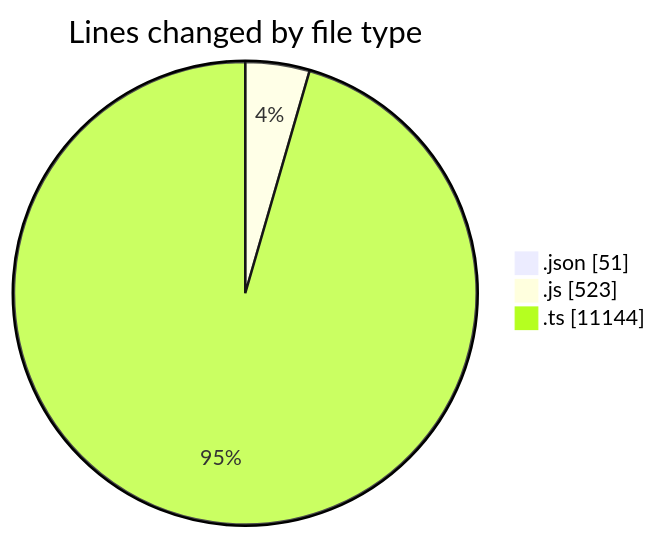
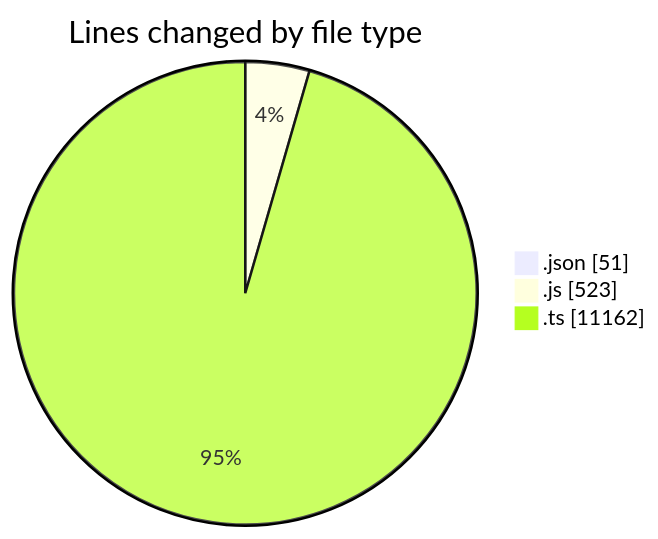
Before and after one commit to momahboobian/code-tracking: the first of 2 diagrams in 2025-10-08/cda/README.md, drawn with Mermaid. The commit also changed other lines of this file and 1 other file, not shown here.

````diff
--- a/2025-10-08/cda/README.md
+++ b/2025-10-08/cda/README.md
@@ -30,7 +30,7 @@
 ```mermaid
 pie showData
 title Lines changed by file type
 ".json" : 51
 ".js" : 523
-".ts" : 11144
+".ts" : 11162
 ```
````
